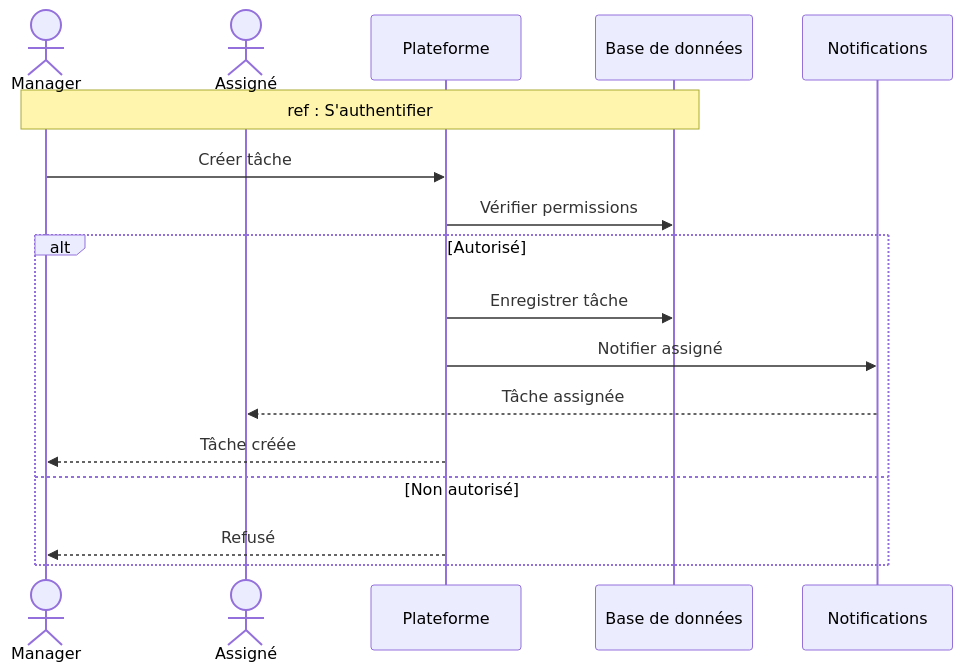
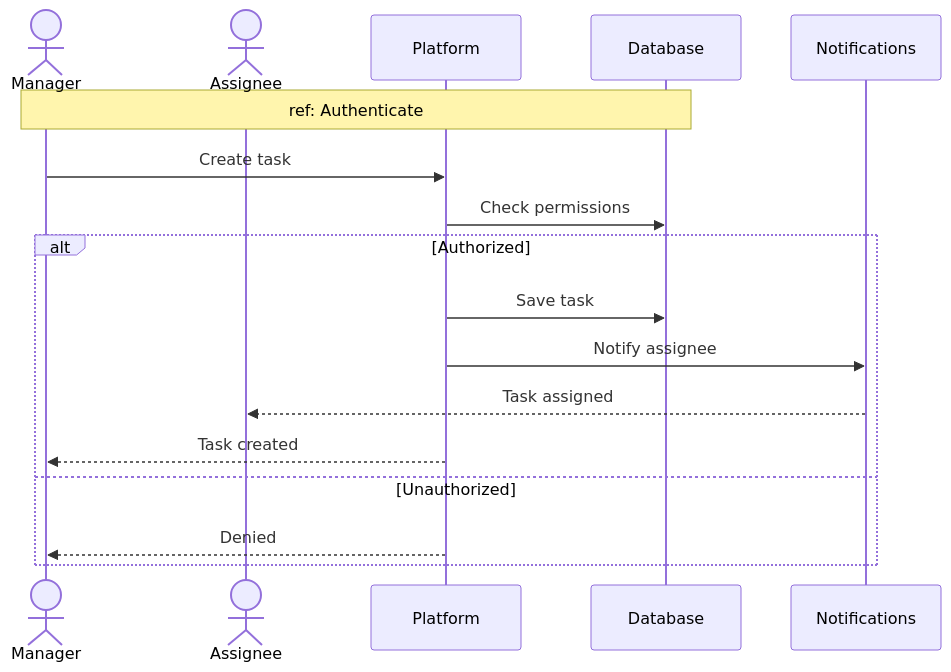
Before and after one commit to MohamedChebbi123/teamnest: diagram 11 of 16 in docs/SEQUENCE_DIAGRAMS.md, drawn with Mermaid. The commit also changed other lines of this file, not shown here.

````diff
--- a/docs/SEQUENCE_DIAGRAMS.md
+++ b/docs/SEQUENCE_DIAGRAMS.md
@@ -340,21 +344,21 @@
 ```mermaid
 sequenceDiagram
     actor Manager
-    actor Assignee as Assigné
-    participant API as Plateforme
-    participant DB as Base de données
+    actor Assignee
+    participant API as Platform
+    participant DB as Database
     participant Notif as Notifications
 
-    Note over Manager,DB: ref : S'authentifier
+    Note over Manager,DB: ref: Authenticate
 
-    Manager->>API: Créer tâche
-    API->>DB: Vérifier permissions
-    alt Autorisé
-        API->>DB: Enregistrer tâche
-        API->>Notif: Notifier assigné
-        Notif-->>Assignee: Tâche assignée
-        API-->>Manager: Tâche créée
-    else Non autorisé
-        API-->>Manager: Refusé
+    Manager->>API: Create task
+    API->>DB: Check permissions
+    alt Authorized
+        API->>DB: Save task
+        API->>Notif: Notify assignee
+        Notif-->>Assignee: Task assigned
+        API-->>Manager: Task created
+    else Unauthorized
+        API-->>Manager: Denied
     end
 ```
````
